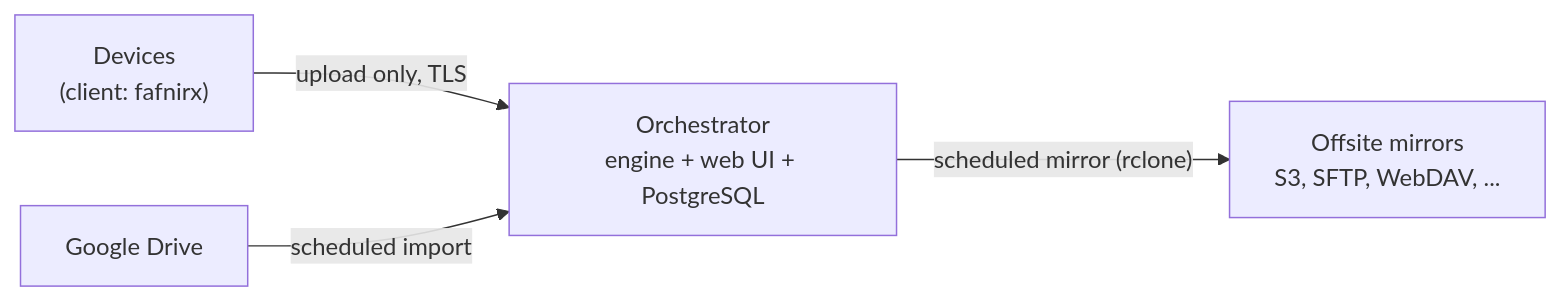
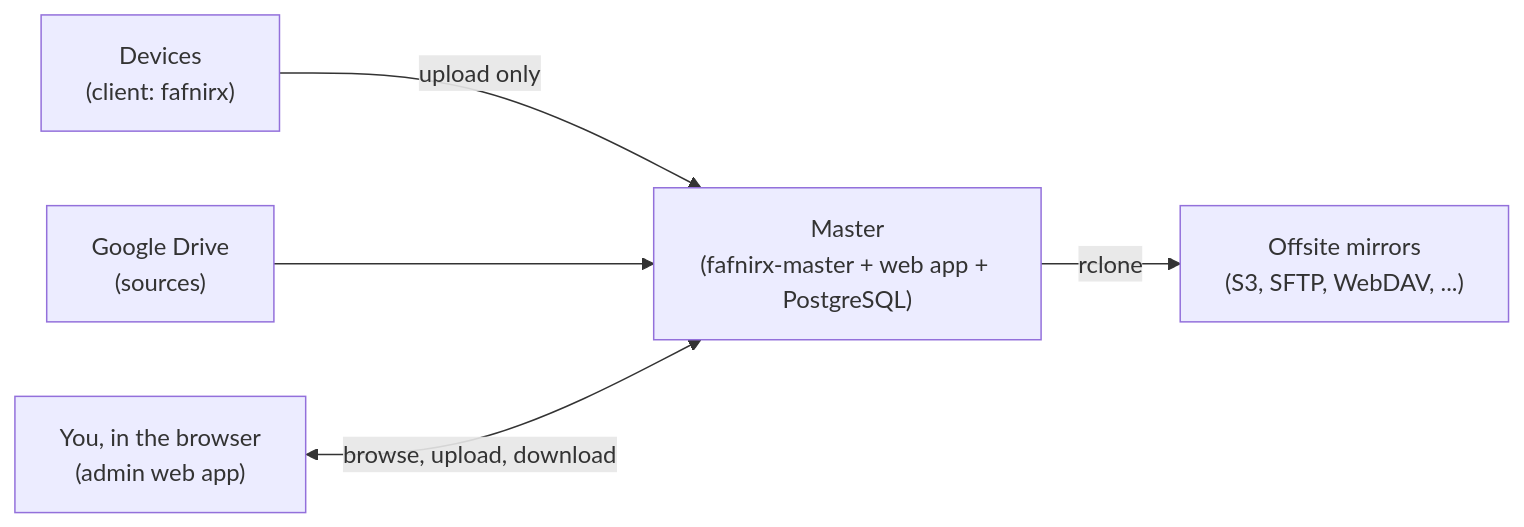
One commit to jameelhamdan/fafnirx changed the diagram in README.md. Above: the diagram before and after it, drawn with Mermaid. The commit also changed other lines of this file and 221 other files, not shown here.

````diff
--- a/README.md
+++ b/README.md
@@ -11,6 +7,7 @@
 ```mermaid
 flowchart LR
-    D["Devices<br/>(client: fafnirx)"] -->|"upload only, TLS"| O["Orchestrator<br/>engine + web UI + PostgreSQL"]
-    G["Google Drive"] -->|"scheduled import"| O
-    O -->|"scheduled mirror (rclone)"| M["Offsite mirrors<br/>S3, SFTP, WebDAV, ..."]
+    D["Devices<br/>(client: fafnirx)"] -->|"upload only"| M["Master<br/>(fafnirx-master + web app + PostgreSQL)"]
+    G["Google Drive<br/>(sources)"] --> M
+    U["You, in the browser<br/>(admin web app)"] <-->|"browse, upload, download"| M
+    M -->|"rclone"| O["Offsite mirrors<br/>(S3, SFTP, WebDAV, ...)"]
 ```
````
